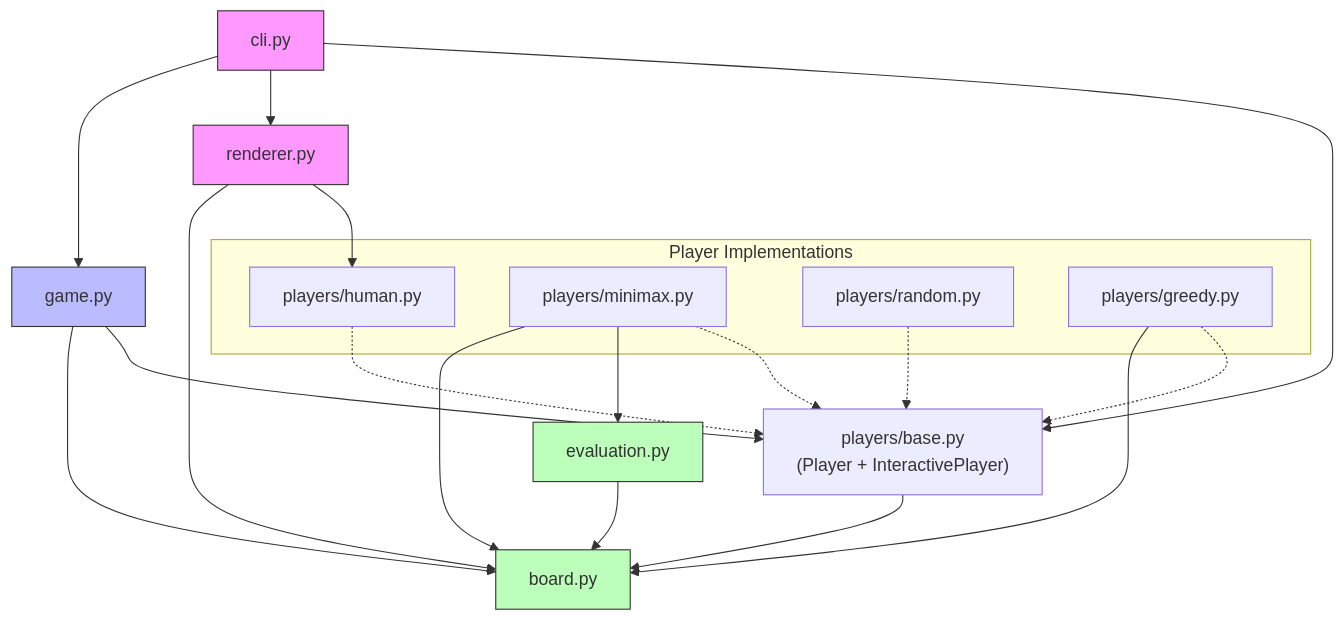
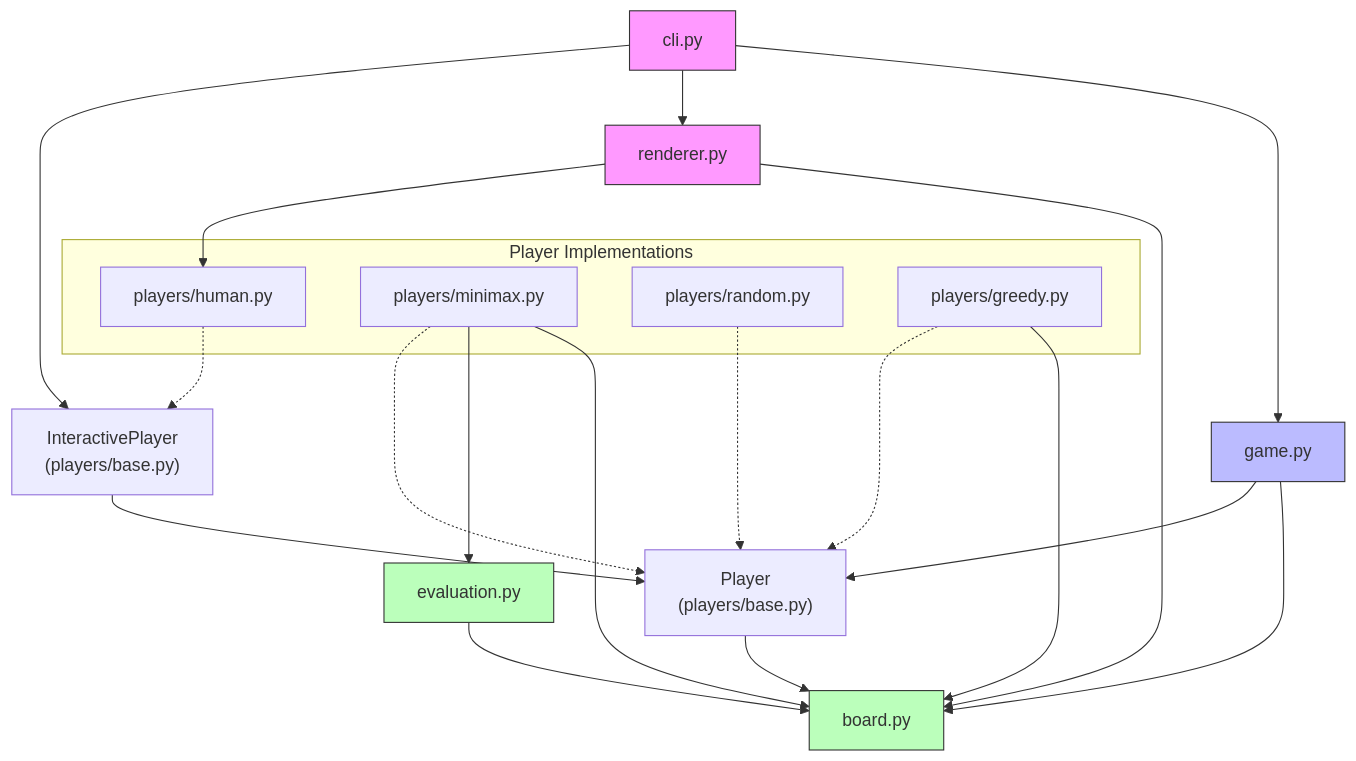
Before and after one commit to tavakolia/connect4: the first of 2 diagrams in docs/superpowers/specs/2026-04-12-connect4-design.md, drawn with Mermaid. The commit also changed other lines of this file, not shown here.

Commit message:
docs: fix dependency graph — split Player/InteractivePlayer nodes
Game depends only on Player protocol. CLI depends on InteractivePlayer
(which extends Player). HumanPlayer's dotted line now correctly points
to InteractivePlayer. Also clarifies 'concrete class' → 'concrete
player implementation' in Player Protocol section.

````diff
--- a/docs/superpowers/specs/2026-04-12-connect4-design.md
+++ b/docs/superpowers/specs/2026-04-12-connect4-design.md
@@ -72,43 +72,45 @@
 ```mermaid
 graph TD
     CLI[cli.py] --> Game[game.py]
     CLI --> Renderer[renderer.py]
-    CLI --> PlayerProtocol
+    CLI --> InteractivePlayer
 
     %% CLI loads players dynamically via importlib reflection —
-    %% no static imports to concrete player classes
+    %% no static imports to concrete player implementations
 
     subgraph Player Implementations
         HumanPlayer[players/human.py]
         MinimaxPlayer[players/minimax.py]
         RandomPlayer[players/random.py]
         GreedyPlayer[players/greedy.py]
     end
 
     Renderer --> Board
     Renderer --> HumanPlayer
 
     Game --> Board[board.py]
-    Game --> PlayerProtocol["players/base.py\n(Player + InteractivePlayer)"]
+    Game --> Player["Player\n(players/base.py)"]
+
+    InteractivePlayer["InteractivePlayer\n(players/base.py)"] --> Player
 
     MinimaxPlayer --> Board
     MinimaxPlayer --> Evaluation[evaluation.py]
 
     GreedyPlayer --> Board
 
     Evaluation --> Board
 
-    PlayerProtocol --> Board
+    Player --> Board
 
     %% Implicit protocol satisfaction (structural typing)
-    HumanPlayer -.-> PlayerProtocol
-    MinimaxPlayer -.-> PlayerProtocol
-    RandomPlayer -.-> PlayerProtocol
-    GreedyPlayer -.-> PlayerProtocol
+    HumanPlayer -.-> InteractivePlayer
+    MinimaxPlayer -.-> Player
+    RandomPlayer -.-> Player
+    GreedyPlayer -.-> Player
 
     style CLI fill:#f9f,stroke:#333
     style Renderer fill:#f9f,stroke:#333
     style Game fill:#bbf,stroke:#333
     style Board fill:#bfb,stroke:#333
     style Evaluation fill:#bfb,stroke:#333
 ```
````
